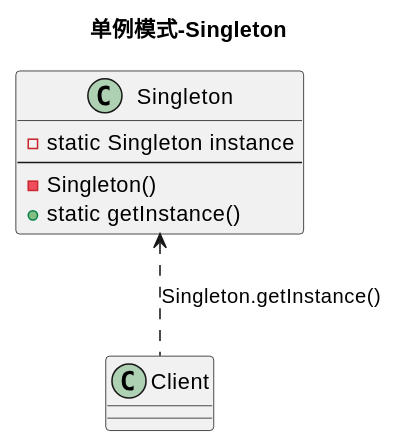
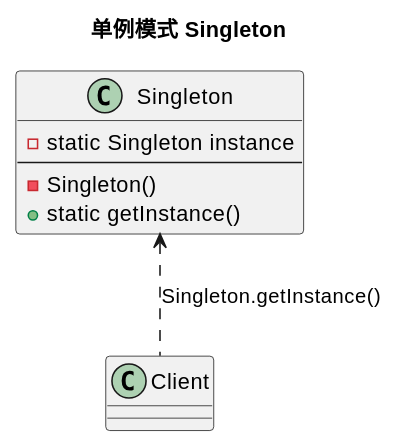
The diagram in repository/Theories/ObjectOrientedProgramming/DesignPattern/CreationalPatterns/Singleton/README.md (mustang1988/DocsifyRepository), drawn with PlantUML before and after one commit. The commit also changed other lines of this file and 5 other files, not shown here.

````diff
--- a/repository/Theories/ObjectOrientedProgramming/DesignPattern/CreationalPatterns/Singleton/README.md
+++ b/repository/Theories/ObjectOrientedProgramming/DesignPattern/CreationalPatterns/Singleton/README.md
@@ -7,13 +7,13 @@
 ```plantuml
-@startuml 单例模式-Singleton
-title 单例模式-Singleton
+@startuml 单例模式 Singleton
+title 单例模式 Singleton
 
 class Singleton {
     - static Singleton instance
     ---
     - Singleton()
     + static getInstance()
 }
 Singleton <.. Client: Singleton.getInstance()
 @enduml
 ```
````
